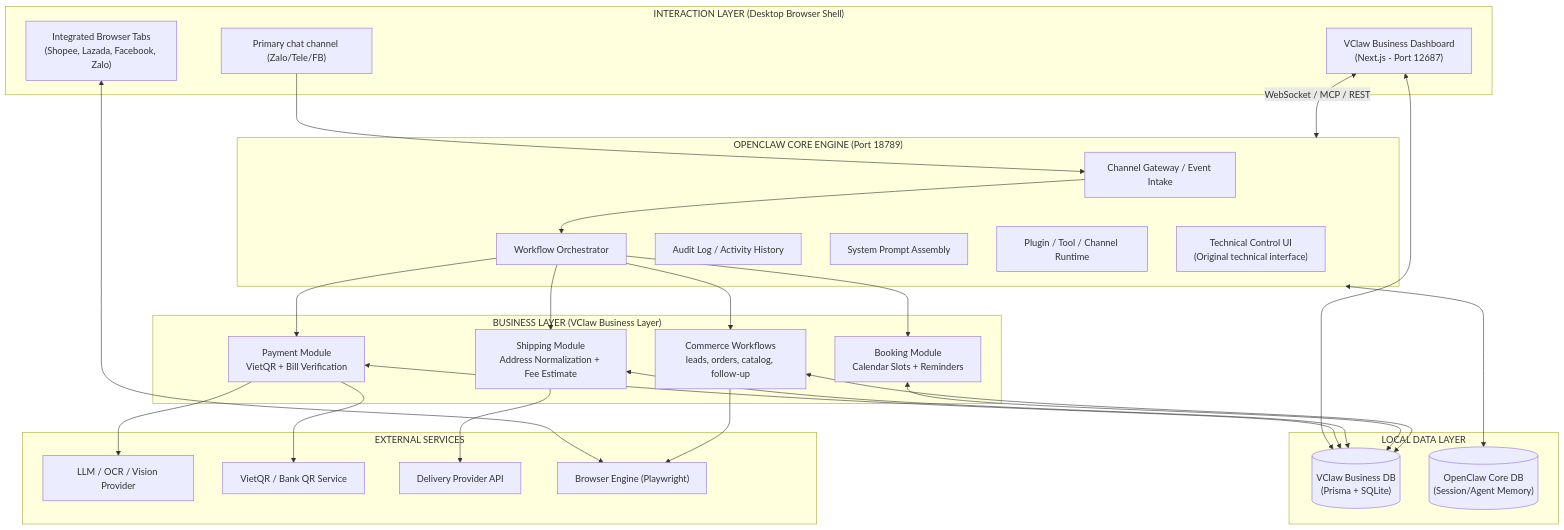
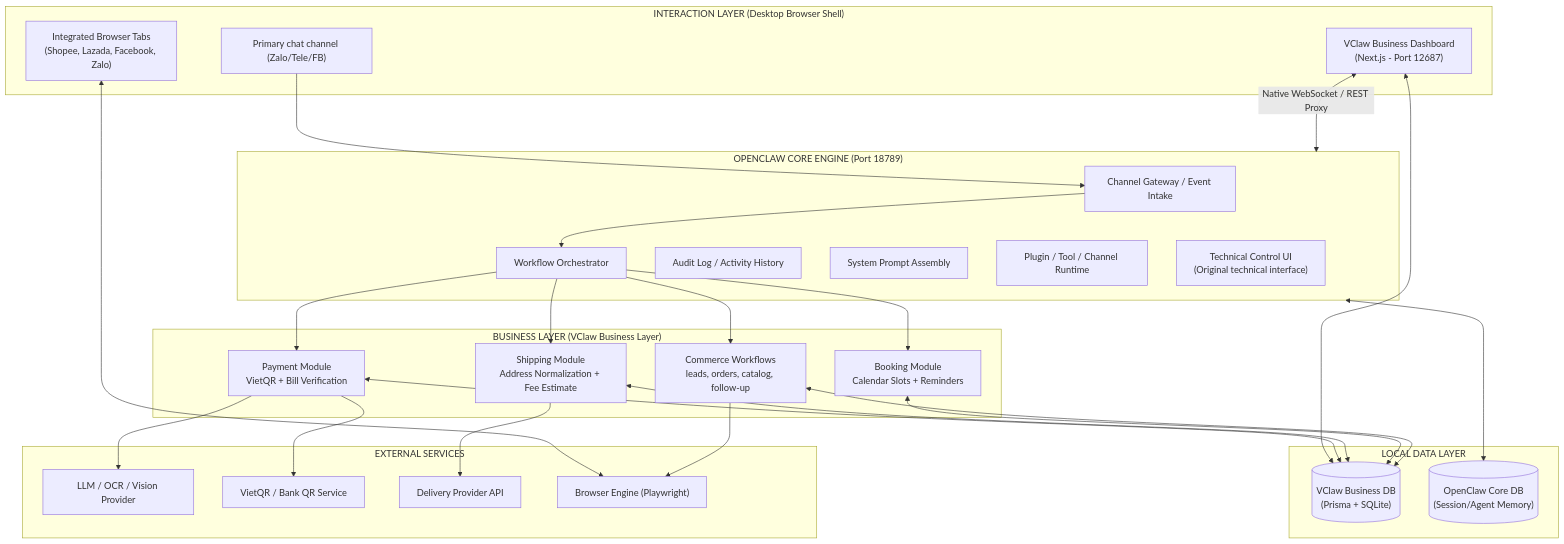
One commit to solana8800/vclaw-ui changed the first of 2 diagrams in vclaw-ui/docs/01-System-Architecture.en.md. Above: the diagram before and after it, drawn with Mermaid. The commit also changed other lines of this file and 15 other files, not shown here.

Commit message:
refactor: update architecture to use Next.js proxy for gateway communication and standardize UI component styling

````diff
--- a/vclaw-ui/docs/01-System-Architecture.en.md
+++ b/vclaw-ui/docs/01-System-Architecture.en.md
@@ -61,58 +61,58 @@
 ```mermaid
 graph TD
     subgraph Client["INTERACTION LAYER (Desktop Browser Shell)"]
         VClawUI["VClaw Business Dashboard\n(Next.js - Port 12687)"]
         BrowserTabs["Integrated Browser Tabs\n(Shopee, Lazada, Facebook, Zalo)"]
         Chat["Primary chat channel (Zalo/Tele/FB)"]
     end
 
     subgraph OpenClawEngine["OPENCLAW CORE ENGINE (Port 18789)"]
         Gateway["Channel Gateway / Event Intake"]
         Orchestrator["Workflow Orchestrator"]
         Audit["Audit Log / Activity History"]
         Prompt["System Prompt Assembly"]
         PluginRuntime["Plugin / Tool / Channel Runtime"]
         ControlUI["Technical Control UI\n(Original technical interface)"]
     end
 
     subgraph Domain["BUSINESS LAYER (VClaw Business Layer)"]
         Payments["Payment Module\nVietQR + Bill Verification"]
         Shipping["Shipping Module\nAddress Normalization + Fee Estimate"]
         Booking["Booking Module\nCalendar Slots + Reminders"]
         Commerce["Commerce Workflows\nleads, orders, catalog, follow-up"]
     end
 
     subgraph Data["LOCAL DATA LAYER"]
         BizDB[("VClaw Business DB\n(Prisma + SQLite)")]
         CoreDB[("OpenClaw Core DB\n(Session/Agent Memory)")]
     end
 
     subgraph Integrations["EXTERNAL SERVICES"]
         AI["LLM / OCR / Vision Provider"]
         QR["VietQR / Bank QR Service"]
         Delivery["Delivery Provider API"]
         Browser["Browser Engine (Playwright)"]
     end
 
-    VClawUI <-->|"WebSocket / MCP / REST"| OpenClawEngine
+    VClawUI <-->|"Native WebSocket / REST Proxy"| OpenClawEngine
     VClawUI <--> BizDB
     OpenClawEngine <--> CoreDB
     
     Chat --> Gateway
     BrowserTabs <--> Browser
     Gateway --> Orchestrator
     Orchestrator --> Payments
     Orchestrator --> Shipping
     Orchestrator --> Booking
     Orchestrator --> Commerce
     
     Payments <--> BizDB
     Shipping <--> BizDB
     Booking <--> BizDB
     Commerce <--> BizDB
     
     Payments --> QR
     Payments --> AI
     Shipping --> Delivery
     Commerce --> Browser
 ```
````
